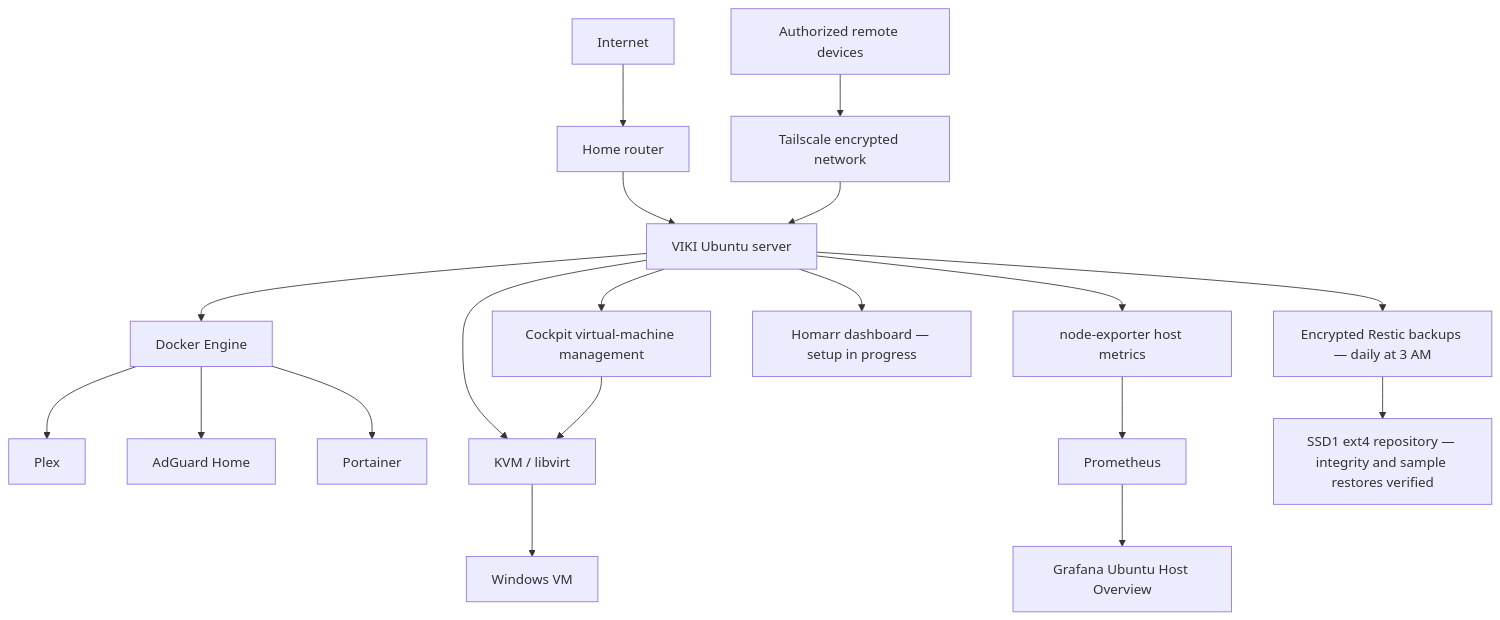
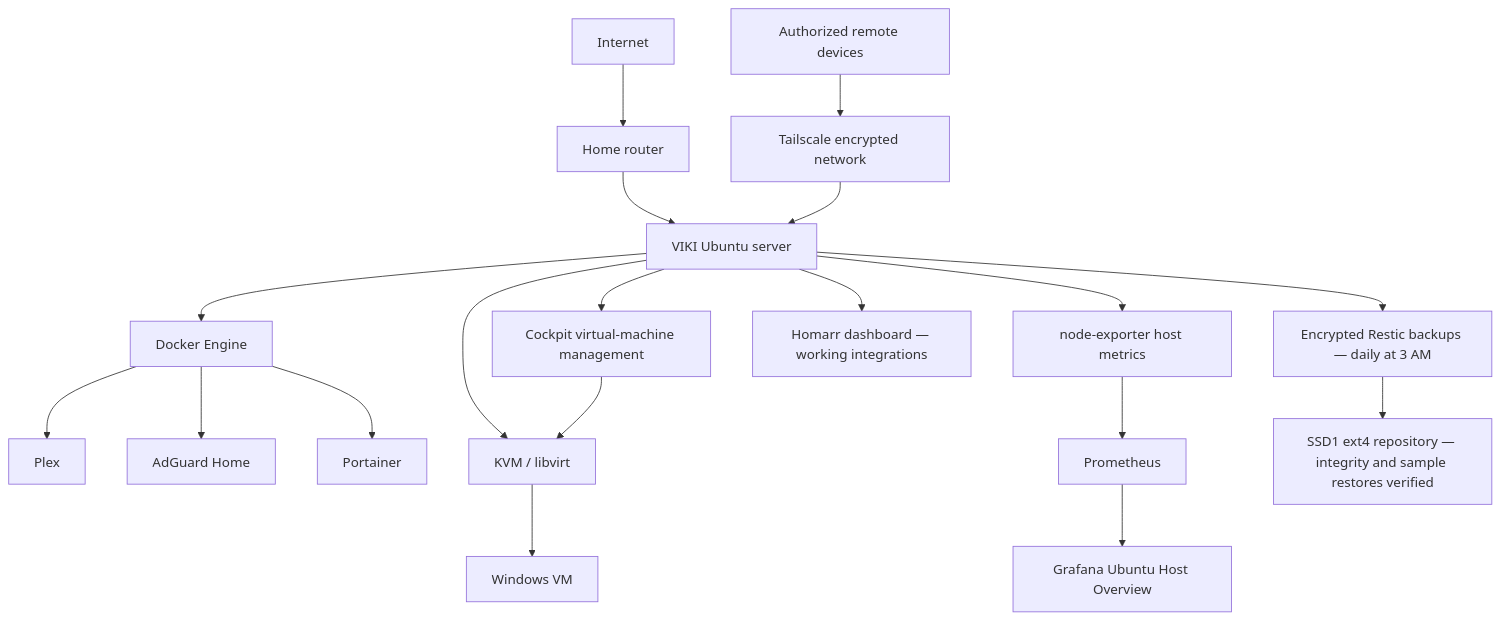
One commit to dhussle999/cybersecurity-homelab changed the diagram in README.md. Above: the diagram before and after it, drawn with Mermaid. The commit also changed other lines of this file, not shown here.

Commit message:
docs: complete UPS, Homarr integrations, and Wazuh milestones

````diff
--- a/README.md
+++ b/README.md
@@ -17,21 +17,21 @@
 ```mermaid
 flowchart TD
     Internet --> Router["Home router"]
     Router --> Host["VIKI Ubuntu server"]
     Remote["Authorized remote devices"] --> TS["Tailscale encrypted network"]
     TS --> Host
     Host --> Docker["Docker Engine"]
     Docker --> Plex["Plex"]
     Docker --> AdGuard["AdGuard Home"]
     Docker --> Portainer["Portainer"]
     Host --> KVM["KVM / libvirt"]
     KVM --> Windows["Windows VM"]
     Host --> Cockpit["Cockpit virtual-machine management"]
     Cockpit --> KVM
     Host --> NE["node-exporter host metrics"]
     NE --> Prom["Prometheus"]
     Prom --> Grafana["Grafana Ubuntu Host Overview"]
-    Host --> Homarr["Homarr dashboard — setup in progress"]
+    Host --> Homarr["Homarr dashboard — working integrations"]
     Host --> Backup["Encrypted Restic backups — daily at 3 AM"]
     Backup --> SSD1["SSD1 ext4 repository — integrity and sample restores verified"]
 ```
````
